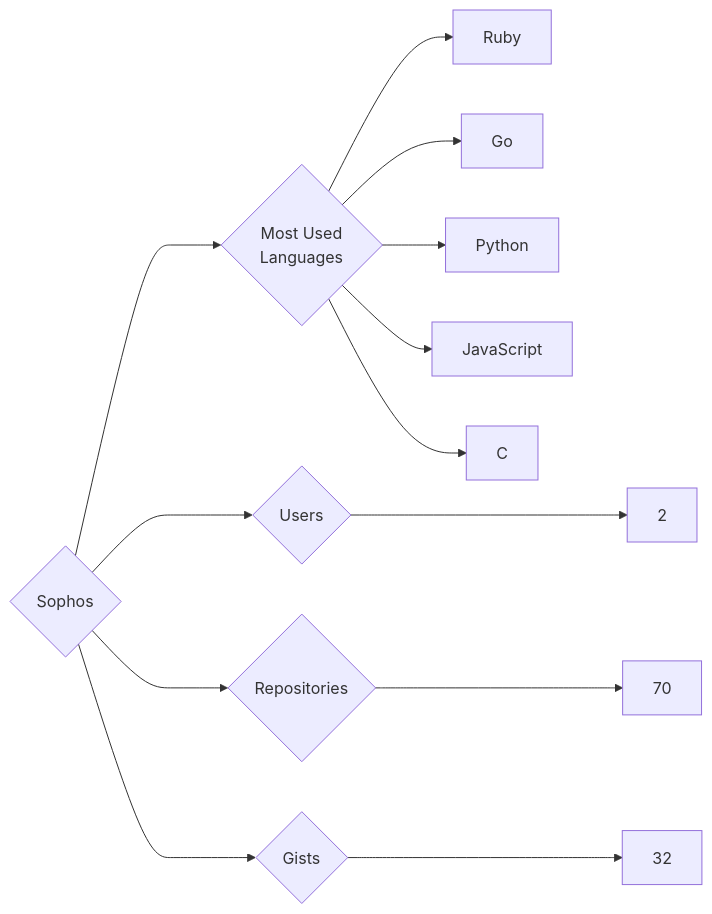
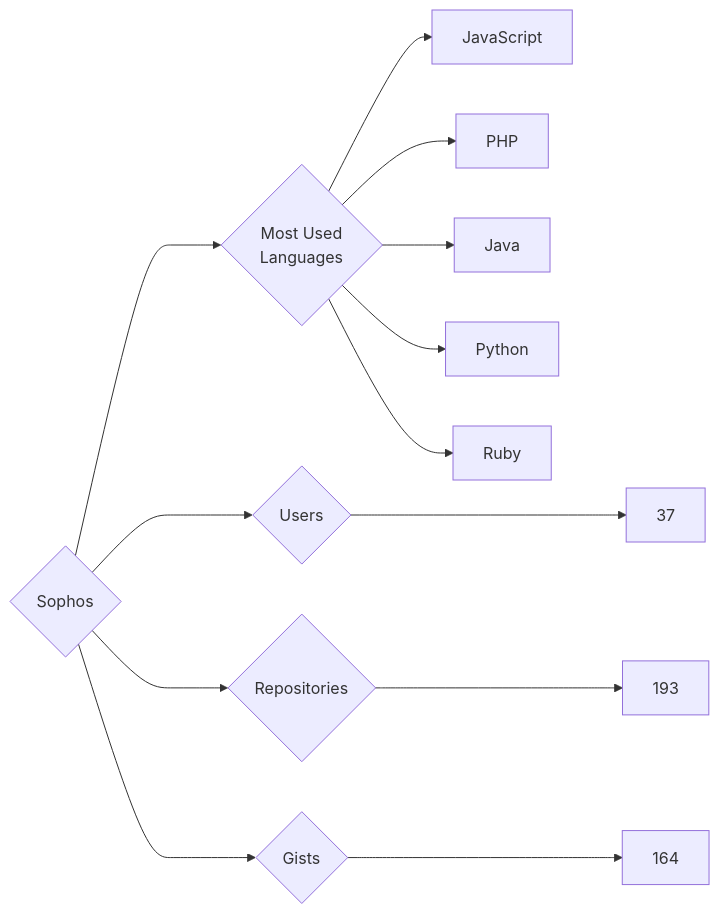
The diagram in targets/Sophos/README.md (trickest/insiders), drawn with Mermaid before and after one commit. The commit also changed 695 other files, not shown here.

````diff
--- a/targets/Sophos/README.md
+++ b/targets/Sophos/README.md
@@ -3,13 +3,13 @@
 ```mermaid
 graph LR
 COMPANY_NAME{Sophos}
-COMPANY_NAME ---> U{Users} ---> UN[2]
-COMPANY_NAME ---> R{Repositories} ---> RN[70]
-COMPANY_NAME ---> G{Gists} ---> GN[32]
+COMPANY_NAME ---> U{Users} ---> UN[37]
+COMPANY_NAME ---> R{Repositories} ---> RN[193]
+COMPANY_NAME ---> G{Gists} ---> GN[164]
 COMPANY_NAME ---> ML{Most Used<br>Languages}
+ML --> JavaScript[JavaScript]
+ML --> PHP[PHP]
+ML --> Java[Java]
+ML --> Python[Python]
 ML --> Ruby[Ruby]
-ML --> Go[Go]
-ML --> Python[Python]
-ML --> JavaScript[JavaScript]
-ML --> C[C]
 ```
````
